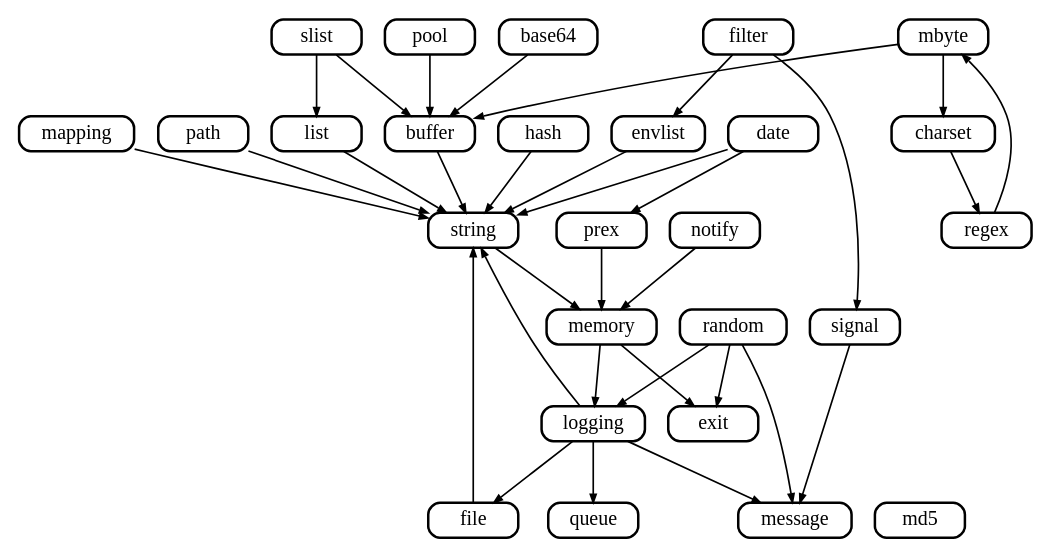
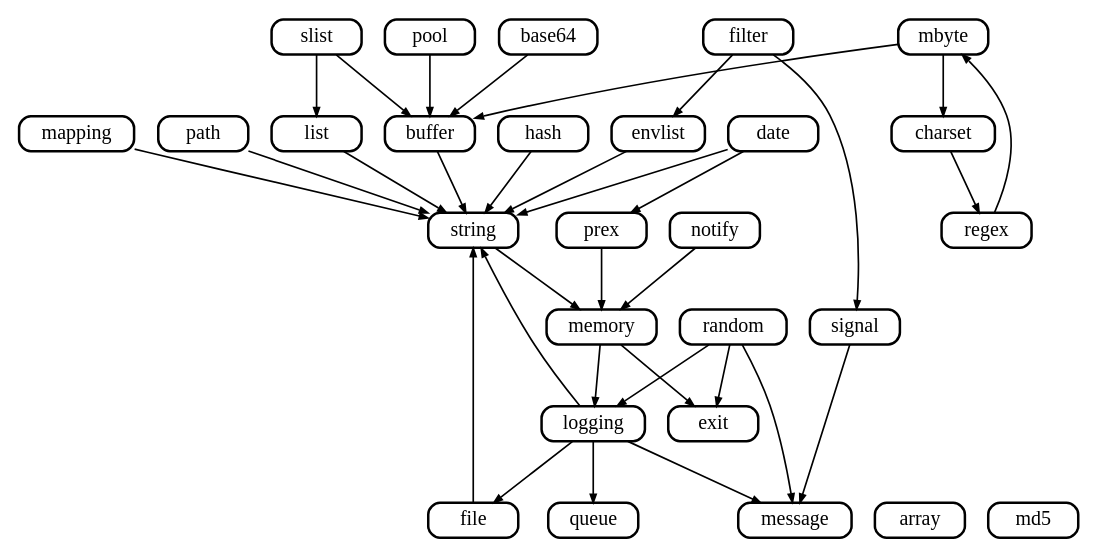
One commit to neomutt/gfx changed the diagram in arch/libmutt.gv. Above: the diagram before and after it, drawn with Graphviz. The commit also changed 1 other file, not shown here.

Commit message:
libmutt: add array

```diff
--- a/arch/libmutt.gv
+++ b/arch/libmutt.gv
@@ -1,57 +1,57 @@
 digraph libmutt
 {
 	graph [
 		rankdir="TB"
 		nodesep="0.2"
 		ranksep="0.5"
 	]
 
 	node [
 		shape="Mrecord"
 		fontsize="12"
 		style="solid"
 		height="0.2"
 		penwidth="1.5"
 		color=black
 	]
 
 	edge [
 		penwidth="1.0"
 		arrowsize="0.5"
 	]
 
 	base64  -> buffer
 	buffer  -> string
 	charset -> regex
 	date    -> prex
 	date    -> string
 	envlist -> string
 	file    -> string
 	filter  -> envlist
 	filter  -> signal
 	hash    -> string
 	list    -> string
 	logging -> file
 	logging -> message
 	logging -> queue
 	logging -> string
 	mapping -> string
 	mbyte   -> buffer
 	mbyte   -> charset
 	memory  -> exit
 	memory  -> logging
 	notify  -> memory
 	path    -> string
 	pool    -> buffer
 	prex    -> memory
 	random  -> exit
 	random  -> logging
 	random  -> message
 	regex   -> mbyte
 	signal  -> message
 	slist   -> buffer
 	slist   -> list
 	string  -> memory
 
-	{ rank=same file message queue md5 }
+	{ rank=same array file message queue md5 }
 }
```
